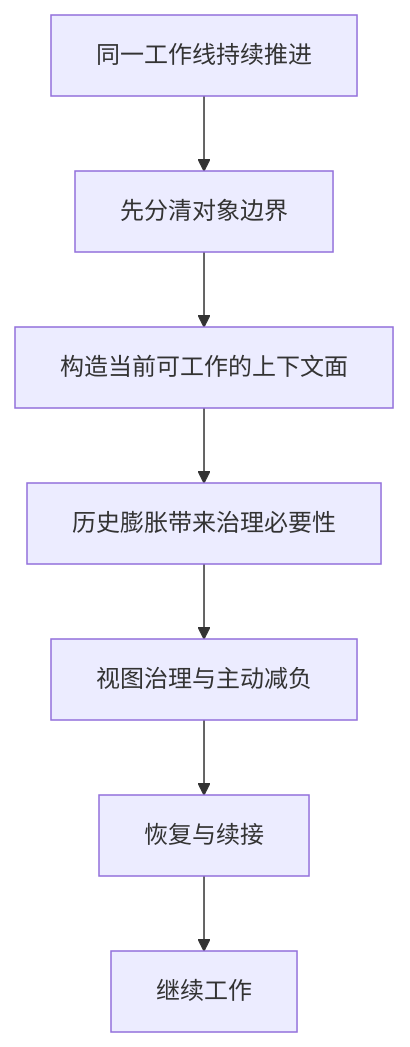
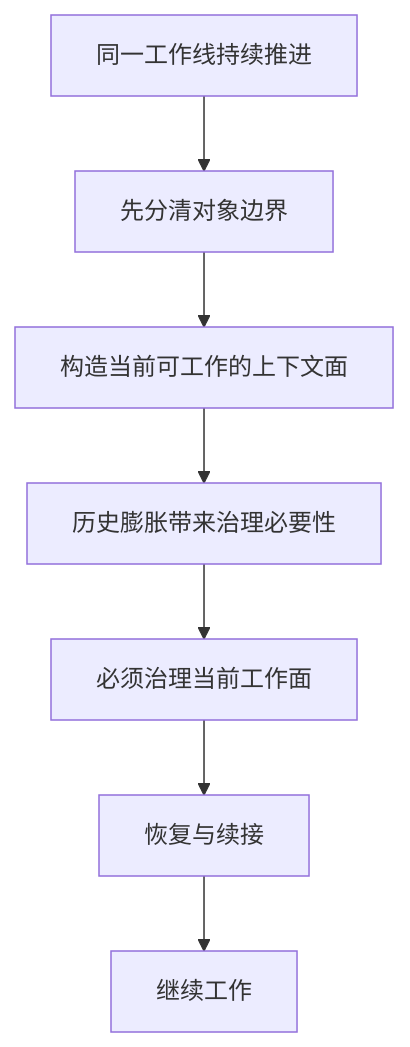
One commit to T0UGH/claude-code-source-guide changed the second of 2 diagrams in docs/guidebookv2/volume-4/01-why-claude-code-is-not-a-one-turn-reset-system.md. Above: the diagram before and after it, drawn with Mermaid. The commit also changed 9 other files, not shown here.

````diff
--- a/docs/guidebookv2/volume-4/01-why-claude-code-is-not-a-one-turn-reset-system.md
+++ b/docs/guidebookv2/volume-4/01-why-claude-code-is-not-a-one-turn-reset-system.md
@@ -101,9 +101,9 @@
 ```mermaid
 flowchart TD
     A[同一工作线持续推进] --> B[先分清对象边界]
     B --> C[构造当前可工作的上下文面]
     C --> D[历史膨胀带来治理必要性]
-    D --> E[视图治理与主动减负]
+    D --> E[必须治理当前工作面]
     E --> F[恢复与续接]
     F --> G[继续工作]
 ```
````
